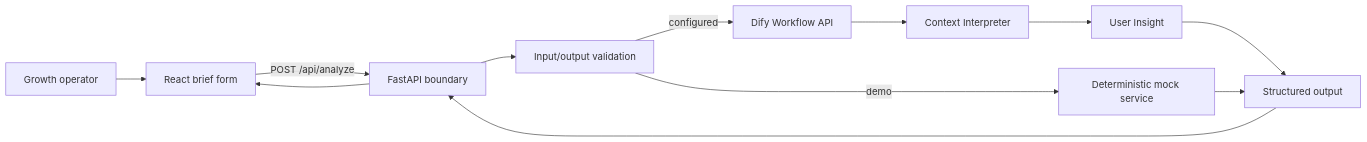
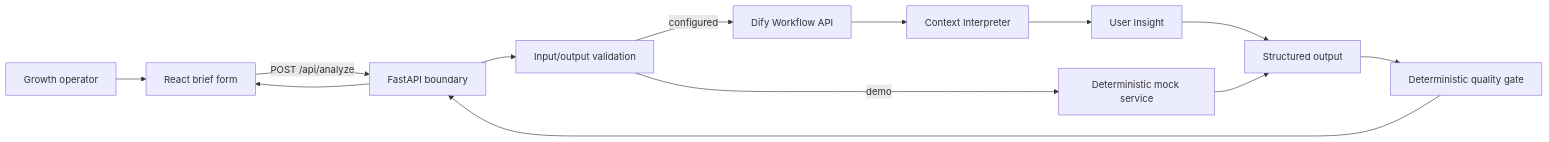
The first of 2 diagrams in docs/architecture.md (ftw10181-oss/ai-growth-agent), drawn with Mermaid before and after one commit. The commit also changed other lines of this file and 23 other files, not shown here.

Commit message:
feat: add evidence-aware quality gate

````diff
--- a/docs/architecture.md
+++ b/docs/architecture.md
@@ -5,13 +5,14 @@
 ```mermaid
 flowchart LR
     U["Growth operator"] --> F["React brief form"]
     F -->|"POST /api/analyze"| B["FastAPI boundary"]
     B --> V["Input/output validation"]
     V -->|"demo"| M["Deterministic mock service"]
     V -->|"configured"| D["Dify Workflow API"]
     D --> C["Context Interpreter"]
     C --> I["User Insight"]
     I --> O["Structured output"]
     M --> O
-    O --> B --> F
+    O --> Q["Deterministic quality gate"]
+    Q --> B --> F
 ```
````
